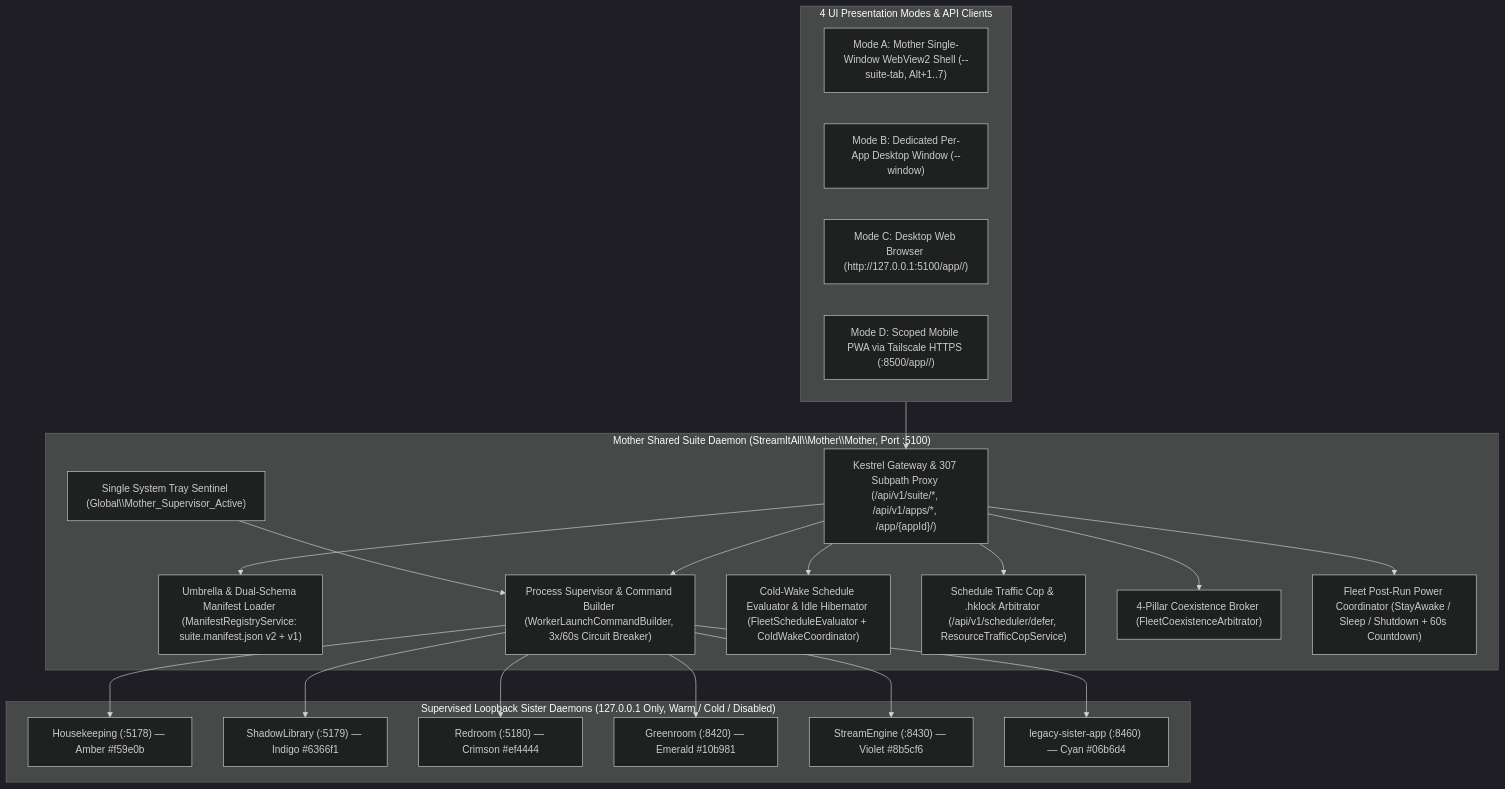
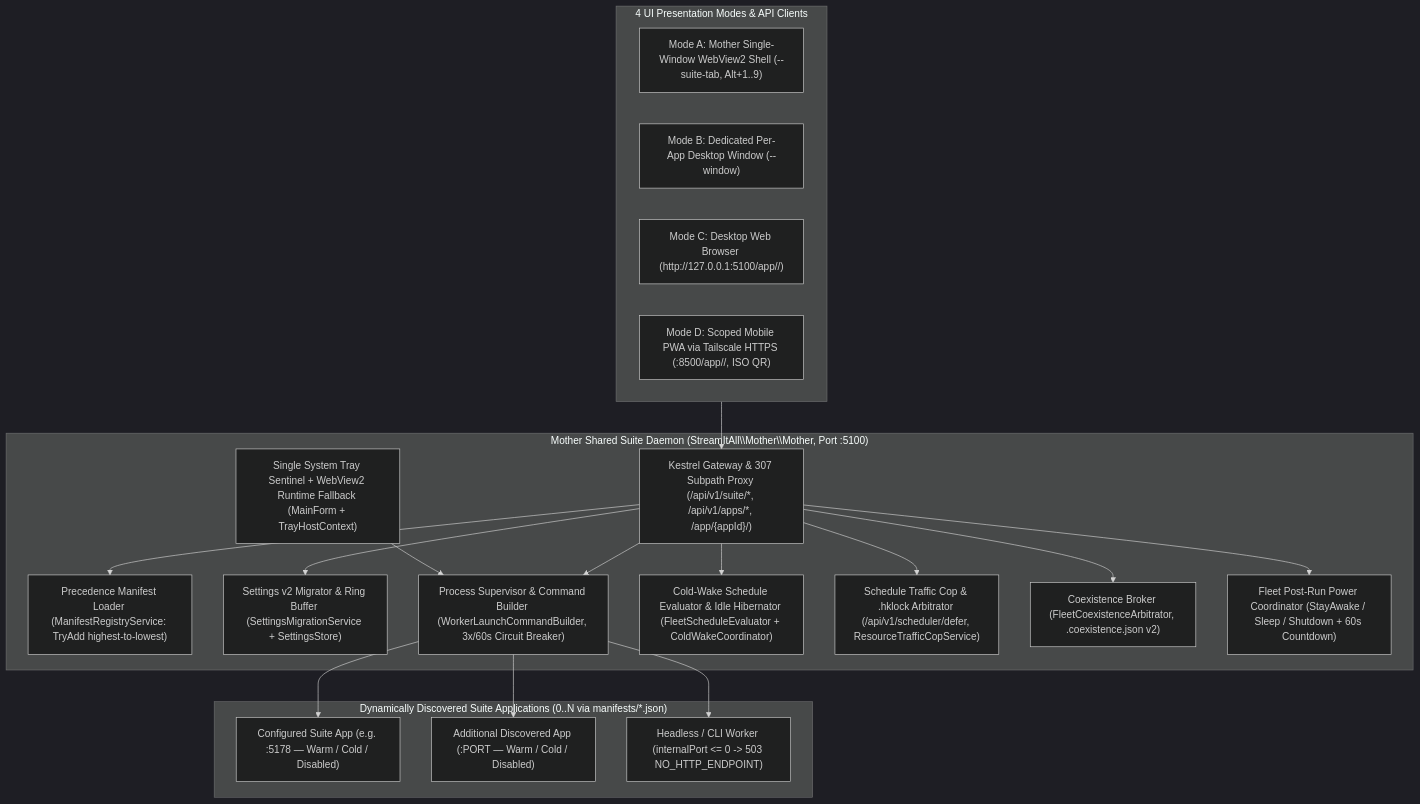
The first of 2 diagrams in Dev/docs/ARCHITECTURE.md (StreamItAllGit/Mother), drawn with Mermaid (dark theme) before and after one commit. The commit also changed other lines of this file and 25 other files, not shown here.

````diff
--- a/Dev/docs/ARCHITECTURE.md
+++ b/Dev/docs/ARCHITECTURE.md
@@ -15,44 +15,40 @@
 ```mermaid
 flowchart TB
     subgraph Clients ["4 UI Presentation Modes & API Clients"]
-        SuiteUI["Mode A: Mother Single-Window WebView2 Shell (--suite-tab, Alt+1..7)"]
+        SuiteUI["Mode A: Mother Single-Window WebView2 Shell (--suite-tab, Alt+1..9)"]
         PopWin["Mode B: Dedicated Per-App Desktop Window (--window)"]
         BrowserUI["Mode C: Desktop Web Browser (http://127.0.0.1:5100/app/<app-id>/)"]
-        MobilePWA["Mode D: Scoped Mobile PWA via Tailscale HTTPS (:8500/app/<app-id>/)"]
+        MobilePWA["Mode D: Scoped Mobile PWA via Tailscale HTTPS (:8500/app/<app-id>/, ISO QR)"]
     end
 
     subgraph MotherHost ["Mother Shared Suite Daemon (StreamItAll\\Mother\\Mother, Port :5100)"]
         Gateway["Kestrel Gateway & 307 Subpath Proxy (/api/v1/suite/*, /api/v1/apps/*, /app/{appId}/)"]
-        Tray["Single System Tray Sentinel (Global\\Mother_Supervisor_Active)"]
-        Discovery["Umbrella & Dual-Schema Manifest Loader (ManifestRegistryService: suite.manifest.json v2 + v1)"]
+        Tray["Single System Tray Sentinel + WebView2 Runtime Fallback (MainForm + TrayHostContext)"]
+        Discovery["Precedence Manifest Loader (ManifestRegistryService: TryAdd highest-to-lowest)"]
+        SettingsMig["Settings v2 Migrator & Ring Buffer (SettingsMigrationService + SettingsStore)"]
         Watchdog["Process Supervisor & Command Builder (WorkerLaunchCommandBuilder, 3x/60s Circuit Breaker)"]
         Scheduler["Cold-Wake Schedule Evaluator & Idle Hibernator (FleetScheduleEvaluator + ColdWakeCoordinator)"]
         TrafficCop["Schedule Traffic Cop & .hklock Arbitrator (/api/v1/scheduler/defer, ResourceTrafficCopService)"]
-        CoexBroker["4-Pillar Coexistence Broker (FleetCoexistenceArbitrator)"]
+        CoexBroker["Coexistence Broker (FleetCoexistenceArbitrator, .coexistence.json v2)"]
         PowerCoord["Fleet Post-Run Power Coordinator (StayAwake / Sleep / Shutdown + 60s Countdown)"]
     end
 
-    subgraph ChildFleet ["Supervised Loopback Sister Daemons (127.0.0.1 Only, Warm / Cold / Disabled)"]
-        HK["Housekeeping (:5178) — Amber #f59e0b"]
-        SL["ShadowLibrary (:5179) — Indigo #6366f1"]
-        RR["Redroom (:5180) — Crimson #ef4444"]
-        GR["Greenroom (:8420) — Emerald #10b981"]
-        SE["StreamEngine (:8430) — Violet #8b5cf6"]
-        US["legacy-sister-app (:8460) — Cyan #06b6d4"]
+    subgraph DynamicApps ["Dynamically Discovered Suite Applications (0..N via manifests/*.json)"]
+        AppA["Configured Suite App (e.g. :5178 — Warm / Cold / Disabled)"]
+        AppN["Additional Discovered App (:PORT — Warm / Cold / Disabled)"]
+        CliApp["Headless / CLI Worker (internalPort <= 0 -> 503 NO_HTTP_ENDPOINT)"]
     end
 
     Clients --> Gateway
     Gateway --> Discovery
+    Gateway --> SettingsMig
     Gateway --> Watchdog
     Gateway --> Scheduler
     Gateway --> TrafficCop
     Gateway --> CoexBroker
     Gateway --> PowerCoord
     Tray --> Watchdog
-    Watchdog --> HK
-    Watchdog --> SL
-    Watchdog --> RR
-    Watchdog --> GR
-    Watchdog --> SE
-    Watchdog --> US
+    Watchdog --> AppA
+    Watchdog --> AppN
+    Watchdog --> CliApp
 ```
````
